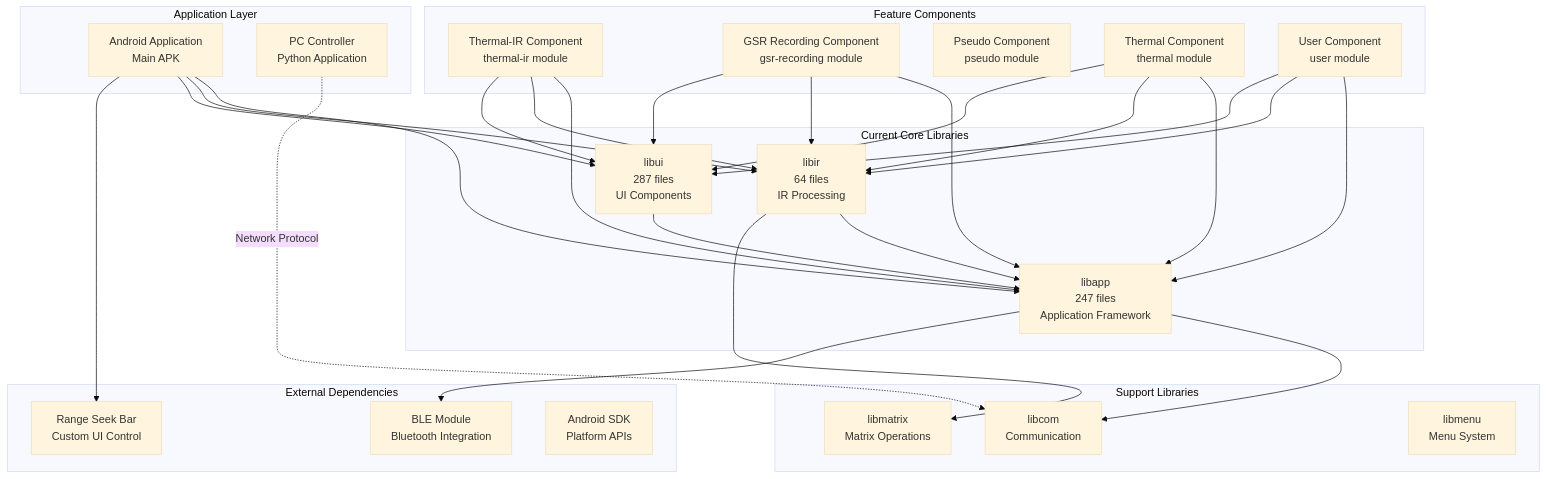
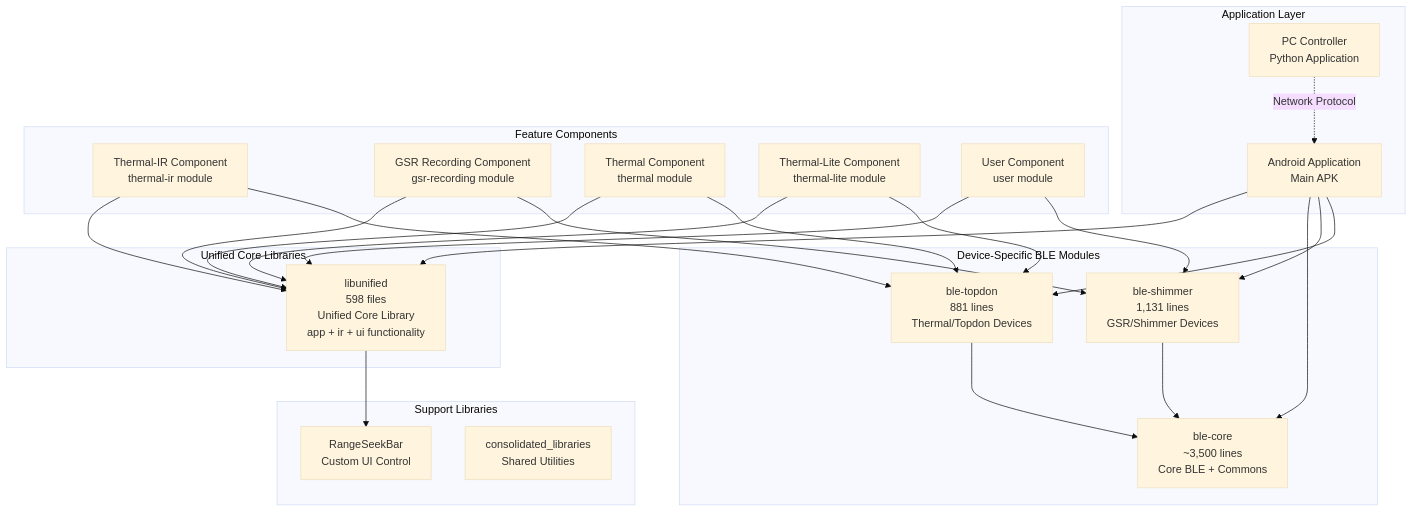
The first of 8 diagrams in MERMAID_DIAGRAMS.md (uclgsr/IRCamera), drawn with Mermaid (base theme) before and after one commit. The commit also changed other lines of this file and 7 other files, not shown here.

Commit message:
Comprehensive verification: Updated all imports, gradle files, and documentation for unified architecture

````diff
--- a/MERMAID_DIAGRAMS.md
+++ b/MERMAID_DIAGRAMS.md
@@ -7,68 +7,62 @@
 ```mermaid
 graph TB
     subgraph "Application Layer"
         App[Android Application<br/>Main APK]
         PCController[PC Controller<br/>Python Application]
     end
     
     subgraph "Feature Components"
         ThermalIR[Thermal-IR Component<br/>thermal-ir module]
         GSRRecording[GSR Recording Component<br/>gsr-recording module]
-        PseudoComponent[Pseudo Component<br/>pseudo module]
         ThermalComponent[Thermal Component<br/>thermal module]
+        ThermalLite[Thermal-Lite Component<br/>thermal-lite module]
         UserComponent[User Component<br/>user module]
     end
     
-    subgraph "Current Core Libraries"
-        LibApp[libapp<br/>247 files<br/>Application Framework]
-        LibIR[libir<br/>64 files<br/>IR Processing]
-        LibUI[libui<br/>287 files<br/>UI Components]
+    subgraph "Unified Core Libraries"
+        LibUnified[libunified<br/>598 files<br/>Unified Core Library<br/>app + ir + ui functionality]
+    end
+    
+    subgraph "Device-Specific BLE Modules"
+        BLECore[ble-core<br/>~3,500 lines<br/>Core BLE + Commons]
+        BLEShimmer[ble-shimmer<br/>1,131 lines<br/>GSR/Shimmer Devices]
+        BLETopdon[ble-topdon<br/>881 lines<br/>Thermal/Topdon Devices]
     end
     
     subgraph "Support Libraries"
-        LibCom[libcom<br/>Communication]
-        LibMatrix[libmatrix<br/>Matrix Operations]
-        LibMenu[libmenu<br/>Menu System]
+        RangeSeekBar[RangeSeekBar<br/>Custom UI Control]
+        ConsolidatedLibs[consolidated_libraries<br/>Shared Utilities]
     end
     
-    subgraph "External Dependencies"
-        BleModule[BLE Module<br/>Bluetooth Integration]
-        RangeSeekBar[Range Seek Bar<br/>Custom UI Control]
-        AndroidSDK[Android SDK<br/>Platform APIs]
-    end
+    %% Application Dependencies
+    App --> LibUnified
+    App --> BLECore
+    App --> BLEShimmer
+    App --> BLETopdon
     
-    %% Current Dependencies - ALL components need ALL three libraries
-    App --> LibApp
-    App --> LibIR
-    App --> LibUI
+    %% Thermal Components -> Topdon BLE
+    ThermalIR --> LibUnified
+    ThermalIR --> BLETopdon
     
-    ThermalIR --> LibApp
-    ThermalIR --> LibIR
-    ThermalIR --> LibUI
+    ThermalComponent --> LibUnified  
+    ThermalComponent --> BLETopdon
     
-    GSRRecording --> LibApp
-    GSRRecording --> LibIR
-    GSRRecording --> LibUI
+    ThermalLite --> LibUnified
+    ThermalLite --> BLETopdon
     
-    ThermalComponent --> LibApp
-    ThermalComponent --> LibIR
-    ThermalComponent --> LibUI
+    %% GSR/User Components -> Shimmer BLE
+    GSRRecording --> LibUnified
+    GSRRecording --> BLEShimmer
     
-    UserComponent --> LibApp
-    UserComponent --> LibIR
-    UserComponent --> LibUI
+    UserComponent --> LibUnified
+    UserComponent --> BLEShimmer
     
-    %% Internal library dependencies
-    LibIR --> LibApp
-    LibUI --> LibApp
+    %% BLE Module Dependencies
+    BLEShimmer --> BLECore
+    BLETopdon --> BLECore
     
-    %% Support library dependencies
-    LibApp --> LibCom
-    LibIR --> LibMatrix
+    %% Support Dependencies
+    LibUnified --> RangeSeekBar
     
-    %% External dependencies
-    LibApp --> BleModule
-    App --> RangeSeekBar
-    
-    PCController -.->|Network Protocol| LibCom
+    PCController -.->|Network Protocol| App
 ```
````
